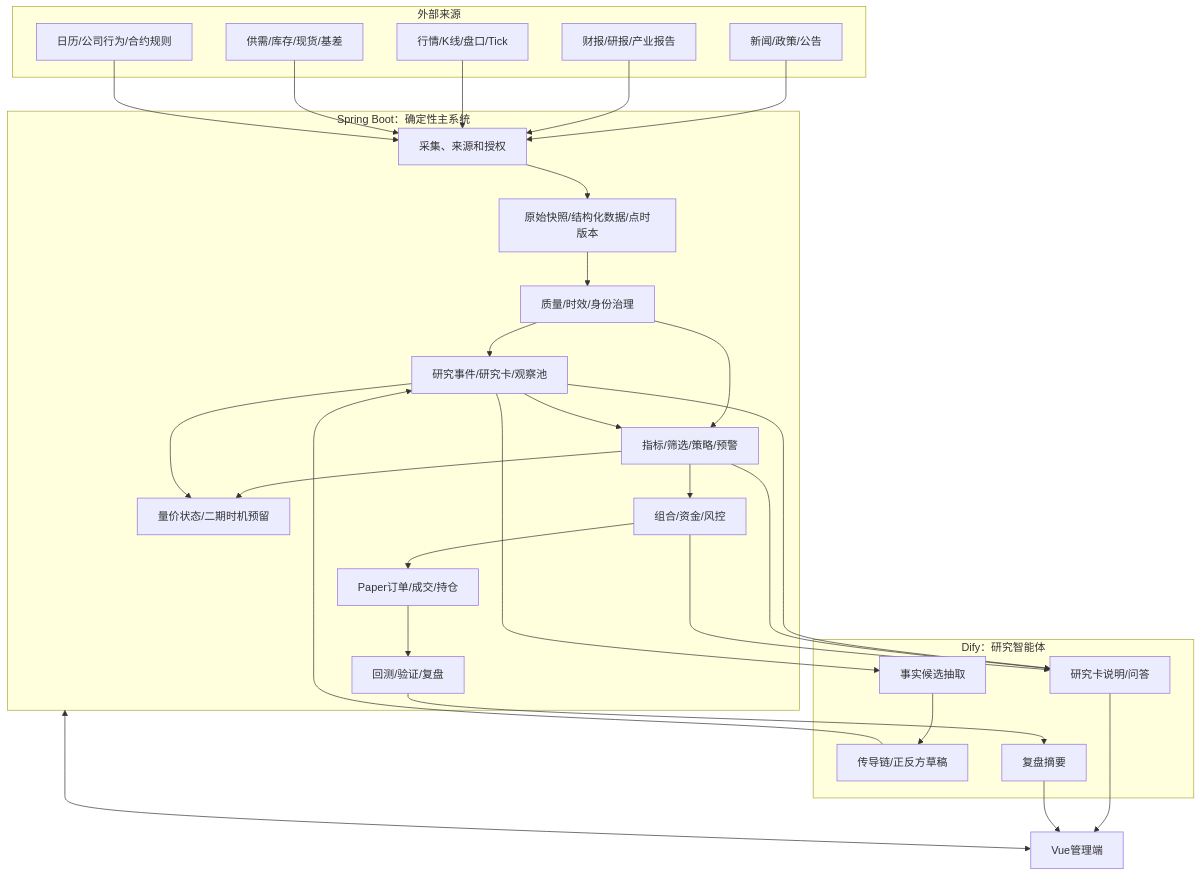
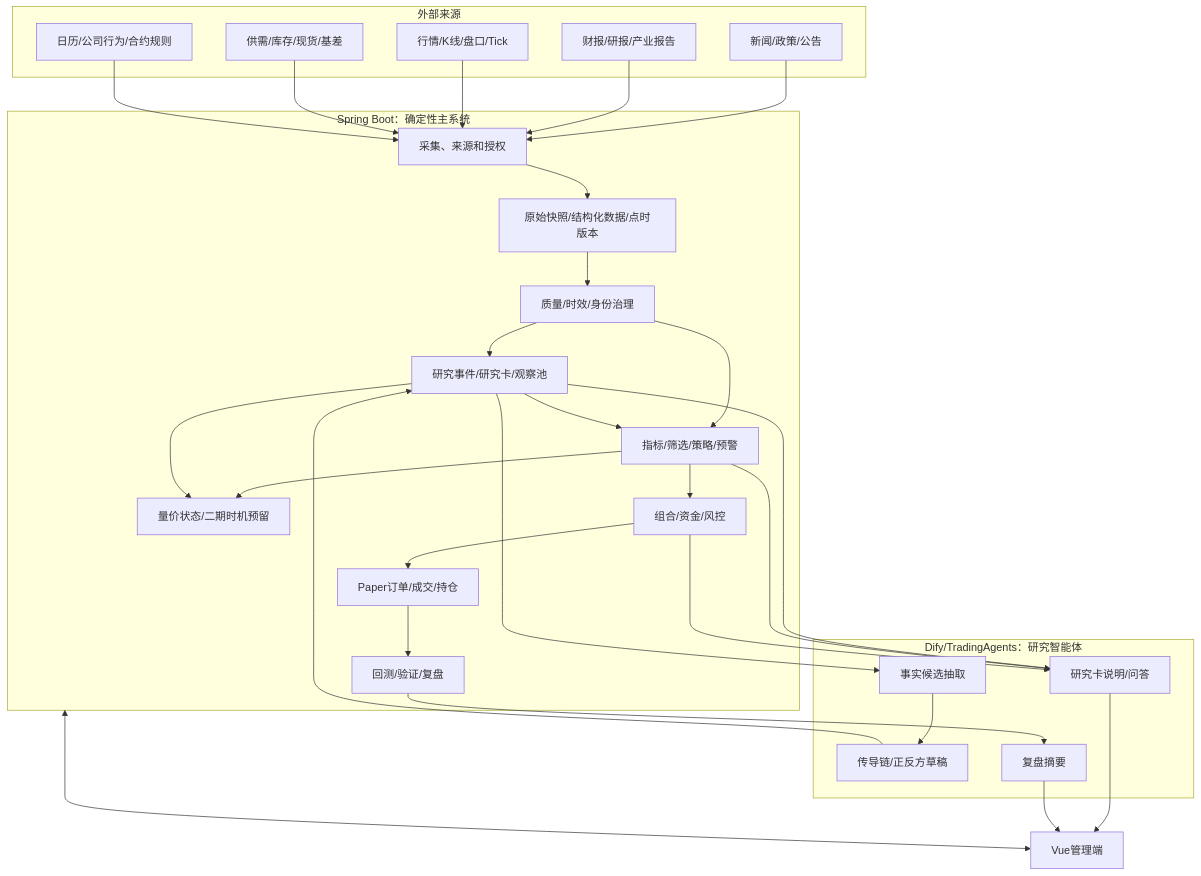
The first of 13 diagrams in doc/详设文档/详设_0_整体流程文档.md (shaoqf2350/quant), drawn with Mermaid before and after one commit. The commit also changed other lines of this file and 100 other files, not shown here.

````diff
--- a/doc/详设文档/详设_0_整体流程文档.md
+++ b/doc/详设文档/详设_0_整体流程文档.md
@@ -162,35 +178,35 @@
 ```mermaid
 flowchart TB
   subgraph EXT[外部来源]
     N[新闻/政策/公告]
     R[财报/研报/产业报告]
     M[行情/K线/盘口/Tick]
     S[供需/库存/现货/基差]
     C[日历/公司行为/合约规则]
   end
   subgraph SB[Spring Boot：确定性主系统]
     D[采集、来源和授权]
     P[原始快照/结构化数据/点时版本]
     Q[质量/时效/身份治理]
     RS[研究事件/研究卡/观察池]
     ST[指标/筛选/策略/预警]
     RK[组合/资金/风控]
     EX[Paper订单/成交/持仓]
      V[回测/验证/复盘]
      QT[量价状态/二期时机预留]
   end
-  subgraph DF[Dify：研究智能体]
+  subgraph DF[Dify/TradingAgents：研究智能体]
     A[事实候选抽取]
     B[传导链/正反方草稿]
     E[研究卡说明/问答]
     F[复盘摘要]
   end
   UI[Vue管理端]
   N-->D; R-->D; M-->D; S-->D; C-->D
   D-->P-->Q-->RS
    Q-->ST; RS-->ST-->RK-->EX-->V
    ST-->QT; RS-->QT
   RS-->A-->B-->RS
   RS-->E; ST-->E; RK-->E; V-->F
   UI<-->SB; E-->UI; F-->UI
 ```
````
